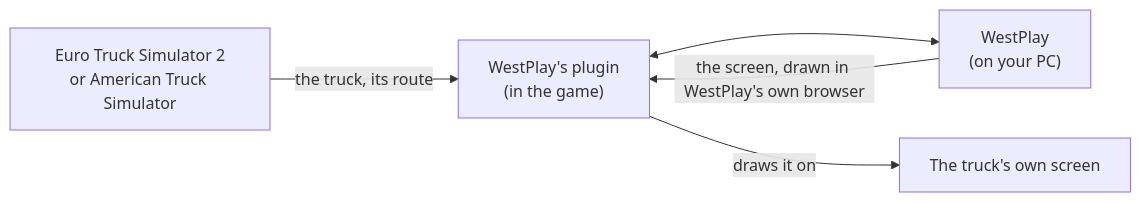
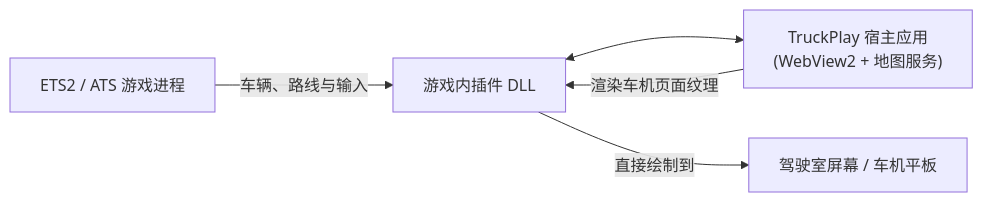
The diagram in README.md (juner122king/TruckPlay), drawn with Mermaid before and after one commit. The commit also changed other lines of this file and 18 other files, not shown here.

Commit message:
chore(brand): establish TruckPlay 1.0.0 independent project

````diff
--- a/README.md
+++ b/README.md
@@ -96,7 +43,7 @@
 ```mermaid
 flowchart LR
-  game["Euro Truck Simulator 2<br/>or American Truck Simulator"] -- "the truck, its route" --> plugin["WestPlay's plugin<br/>(in the game)"]
-  plugin <--> app["WestPlay<br/>(on your PC)"]
-  app -- "the screen, drawn in WestPlay's own browser" --> plugin
-  plugin -- "draws it on" --> screen["The truck's own screen"]
+  game["ETS2 / ATS 游戏进程"] -- "车辆、路线与输入" --> plugin["游戏内插件 DLL"]
+  plugin <--> app["TruckPlay 宿主应用<br/>(WebView2 + 地图服务)"]
+  app -- "渲染车机页面纹理" --> plugin
+  plugin -- "直接绘制到" --> screen["驾驶室屏幕 / 车机平板"]
 ```
````
